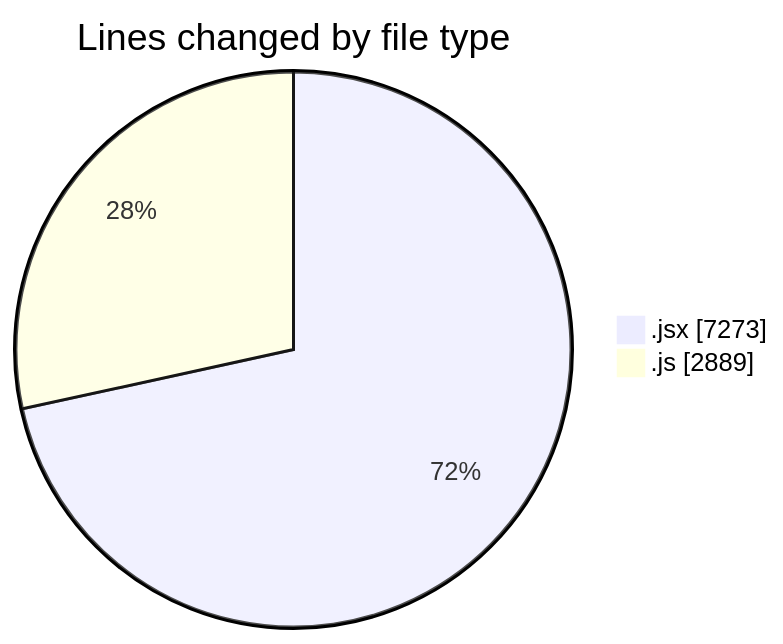
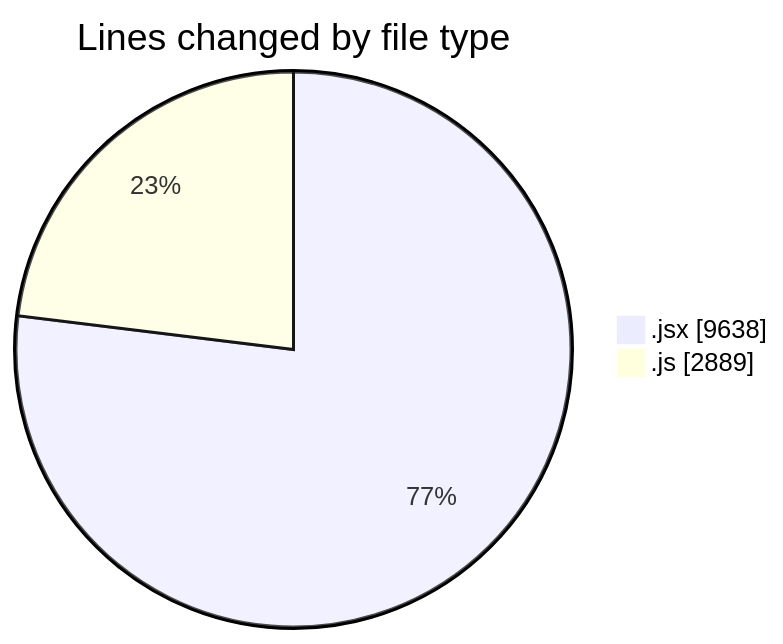
Before and after one commit to nxtqubesakshisongat/code-tracking: the first of 2 diagrams in 2025-12-11/nxtqube_webapp/README.md, drawn with Mermaid. The commit also changed other lines of this file and 1 other file, not shown here.

````diff
--- a/2025-12-11/nxtqube_webapp/README.md
+++ b/2025-12-11/nxtqube_webapp/README.md
@@ -33,6 +33,6 @@
 ```mermaid
 pie showData
 title Lines changed by file type
-".jsx" : 7273
+".jsx" : 9638
 ".js" : 2889
 ```
````
